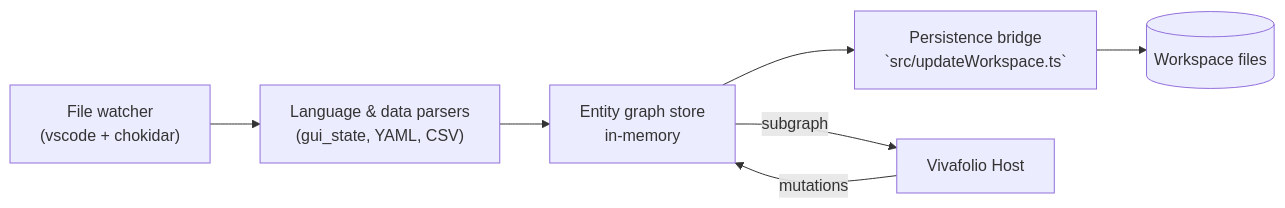
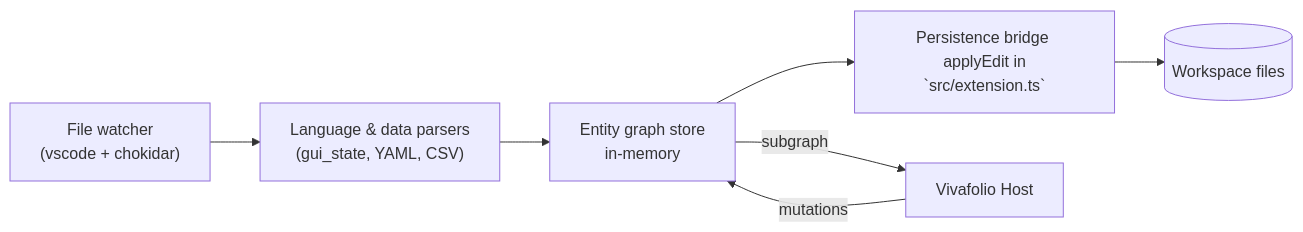
One commit to Vivafolio/vivafolio-vs-code changed the fourth of 8 diagrams in docs/Vivafolio-Architecture.md. Above: the diagram before and after it, drawn with Mermaid. The commit also changed other lines of this file, not shown here.

First line of the commit message:
chore: Update architecture doc

````diff
--- a/docs/Vivafolio-Architecture.md
+++ b/docs/Vivafolio-Architecture.md
@@ -98,12 +143,12 @@
 ```mermaid
 flowchart LR
     FileWatcher["File watcher <br> (vscode + chokidar)"]
     Parser["Language & data parsers <br> (gui_state, YAML, CSV)"]
     GraphStore["Entity graph store <br> in-memory"]
-    Persistence["Persistence bridge <br> `src/updateWorkspace.ts`"]
+    Persistence["Persistence bridge <br> applyEdit in `src/extension.ts`"]
 
     FileWatcher --> Parser --> GraphStore
     GraphStore --> |subgraph| HostConsumer[Vivafolio Host]
     HostConsumer --> |mutations| GraphStore
-    GraphStore --> Persistence --> Files[(Workspace files)]
+GraphStore --> Persistence --> Files[(Workspace files)]
 ```
````
